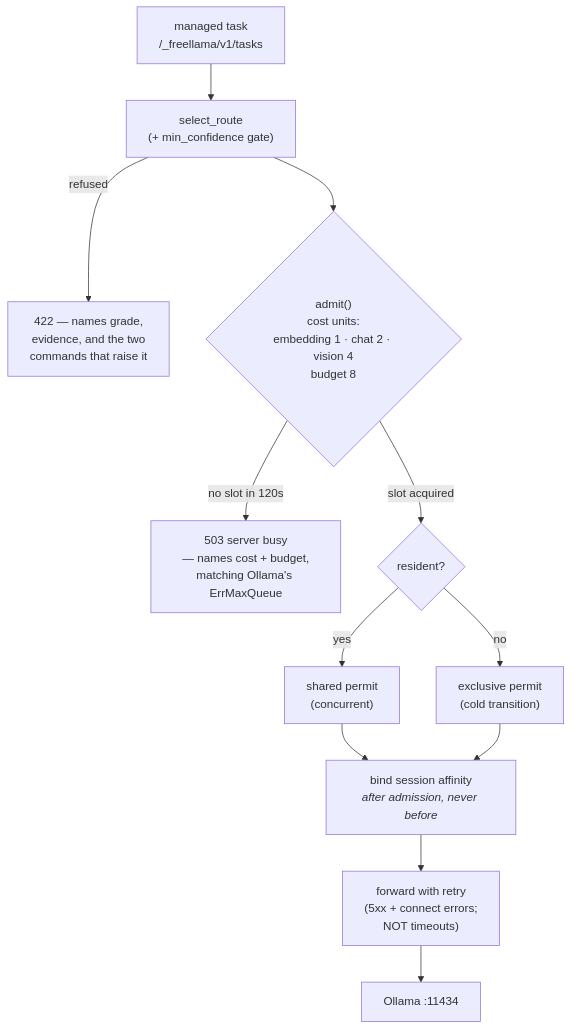
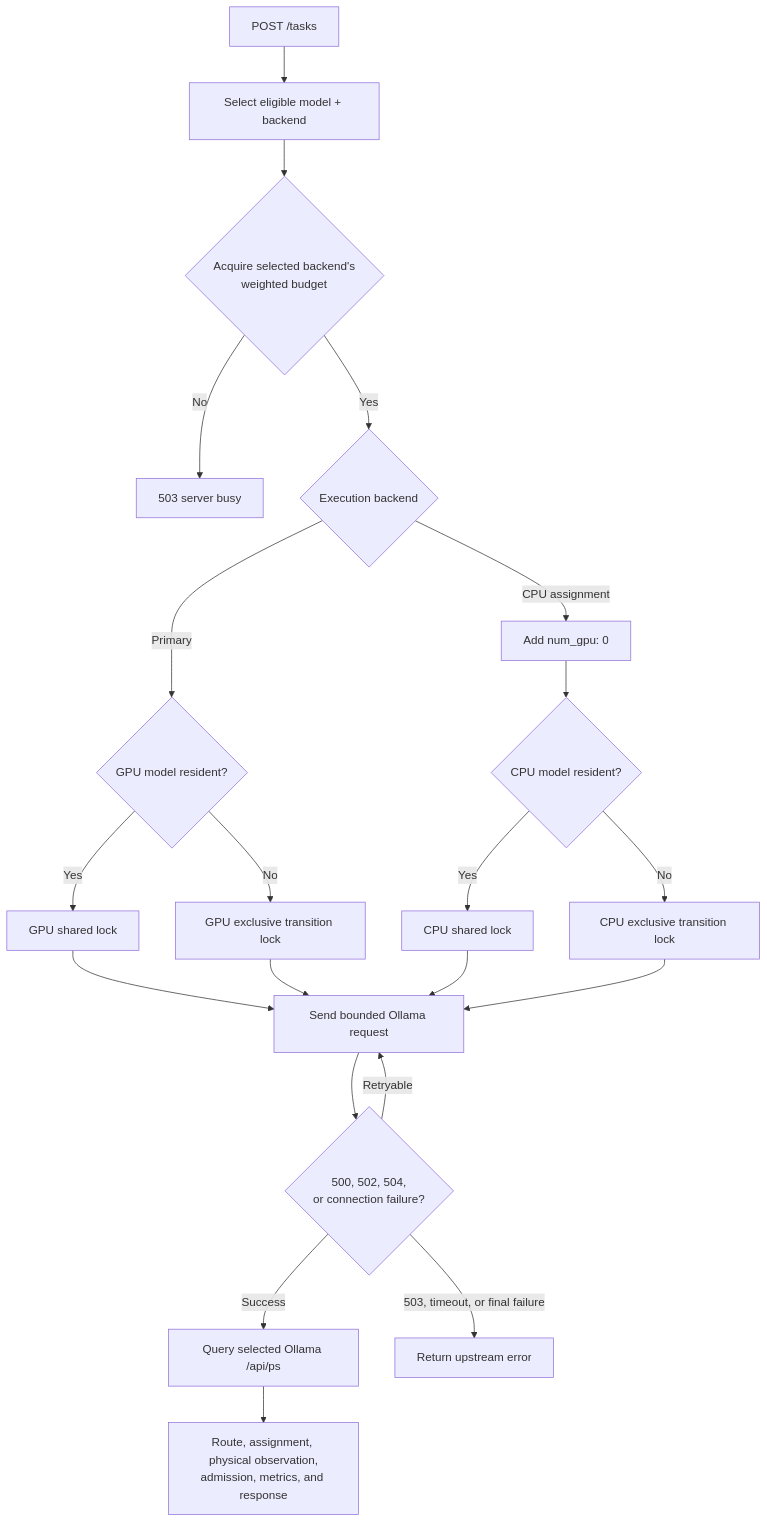
The sixth of 10 diagrams in docs/ARCHITECTURE.md (bgauryy/FreeLlama), drawn with Mermaid before and after one commit. The commit also changed other lines of this file and 149 other files, not shown here.

````diff
--- a/docs/ARCHITECTURE.md
+++ b/docs/ARCHITECTURE.md
@@ -147,14 +197,23 @@
 ```mermaid
 flowchart TD
-    R["managed task<br/>/_freellama/v1/tasks"] --> RT["select_route<br/>(+ min_confidence gate)"]
-    RT -->|"refused"| X422["422 — names grade,<br/>evidence, and the two<br/>commands that raise it"]
-    RT --> AD{"admit()<br/>cost units:<br/>embedding 1 · chat 2 · vision 4<br/>budget 8"}
-    AD -->|"no slot in 120s"| X503["503 server busy<br/>— names cost + budget,<br/>matching Ollama's ErrMaxQueue"]
-    AD -->|"slot acquired"| LK{"resident?"}
-    LK -->|"yes"| SH["shared permit<br/>(concurrent)"]
-    LK -->|"no"| EX["exclusive permit<br/>(cold transition)"]
-    SH --> BIND["bind session affinity<br/><i>after admission, never before</i>"]
-    EX --> BIND
-    BIND --> FW["forward with retry<br/>(5xx + connect errors;<br/>NOT timeouts)"]
-    FW --> O["Ollama :11434"]
+    T["POST /tasks"] --> R["Select eligible model + backend"]
+    R --> A{"Acquire selected backend's<br/>weighted budget"}
+    A -->|"No"| E503["503 server busy"]
+    A -->|"Yes"| B{"Execution backend"}
+    B -->|"Primary"| GL{"GPU model resident?"}
+    B -->|"CPU assignment"| CO["Add num_gpu: 0"]
+    CO --> CL{"CPU model resident?"}
+    GL -->|"Yes"| GR["GPU shared lock"]
+    GL -->|"No"| GX["GPU exclusive transition lock"]
+    CL -->|"Yes"| CR["CPU shared lock"]
+    CL -->|"No"| CX["CPU exclusive transition lock"]
+    GR --> SEND["Send bounded Ollama request"]
+    GX --> SEND
+    CR --> SEND
+    CX --> SEND
+    SEND --> RETRY{"500, 502, 504,<br/>or connection failure?"}
+    RETRY -->|"Retryable"| SEND
+    RETRY -->|"Success"| OBS["Query selected Ollama /api/ps"]
+    OBS --> OUT["Route, assignment, physical observation,<br/>admission, metrics, and response"]
+    RETRY -->|"503, timeout, or final failure"| ERR["Return upstream error"]
 ```
````
